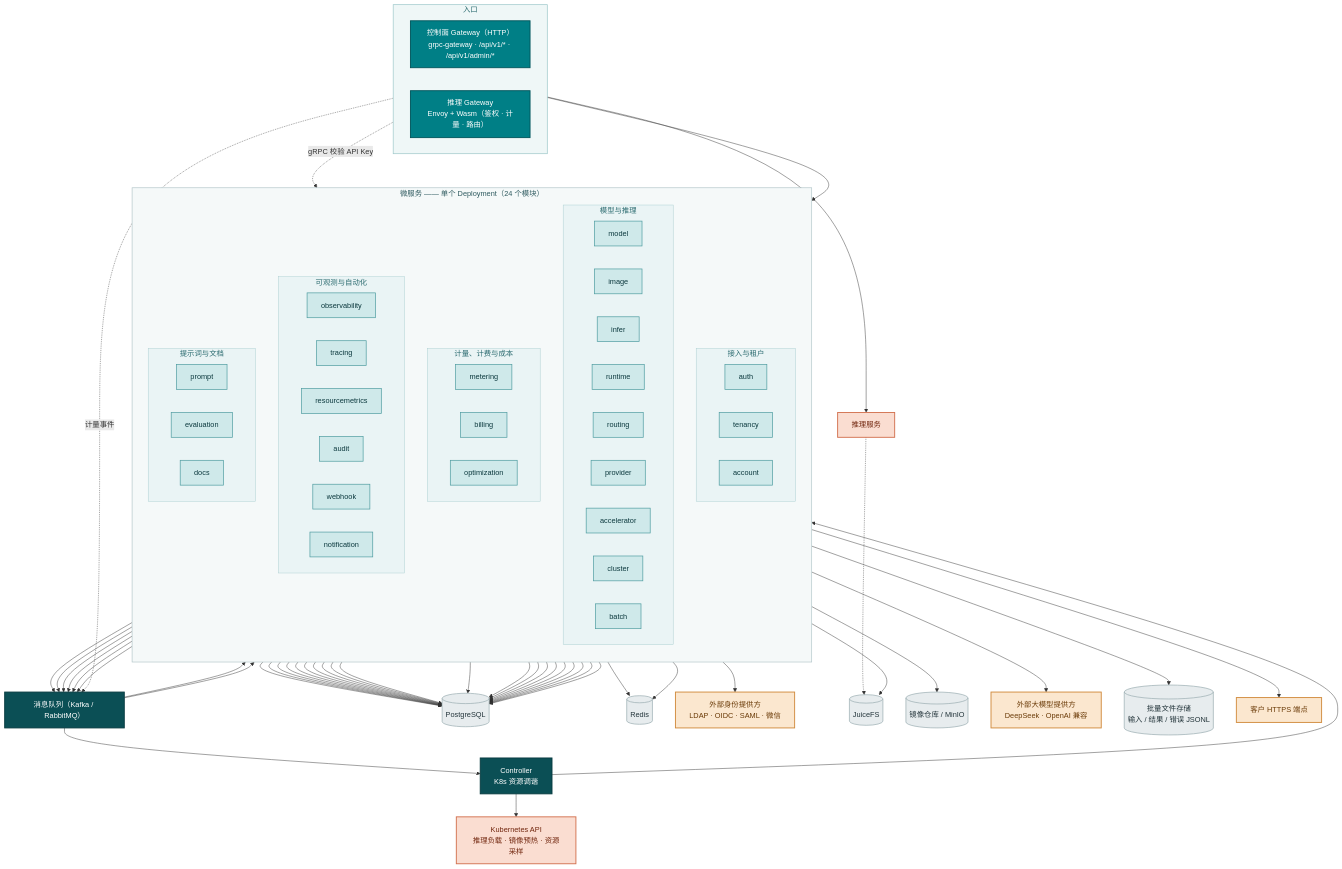
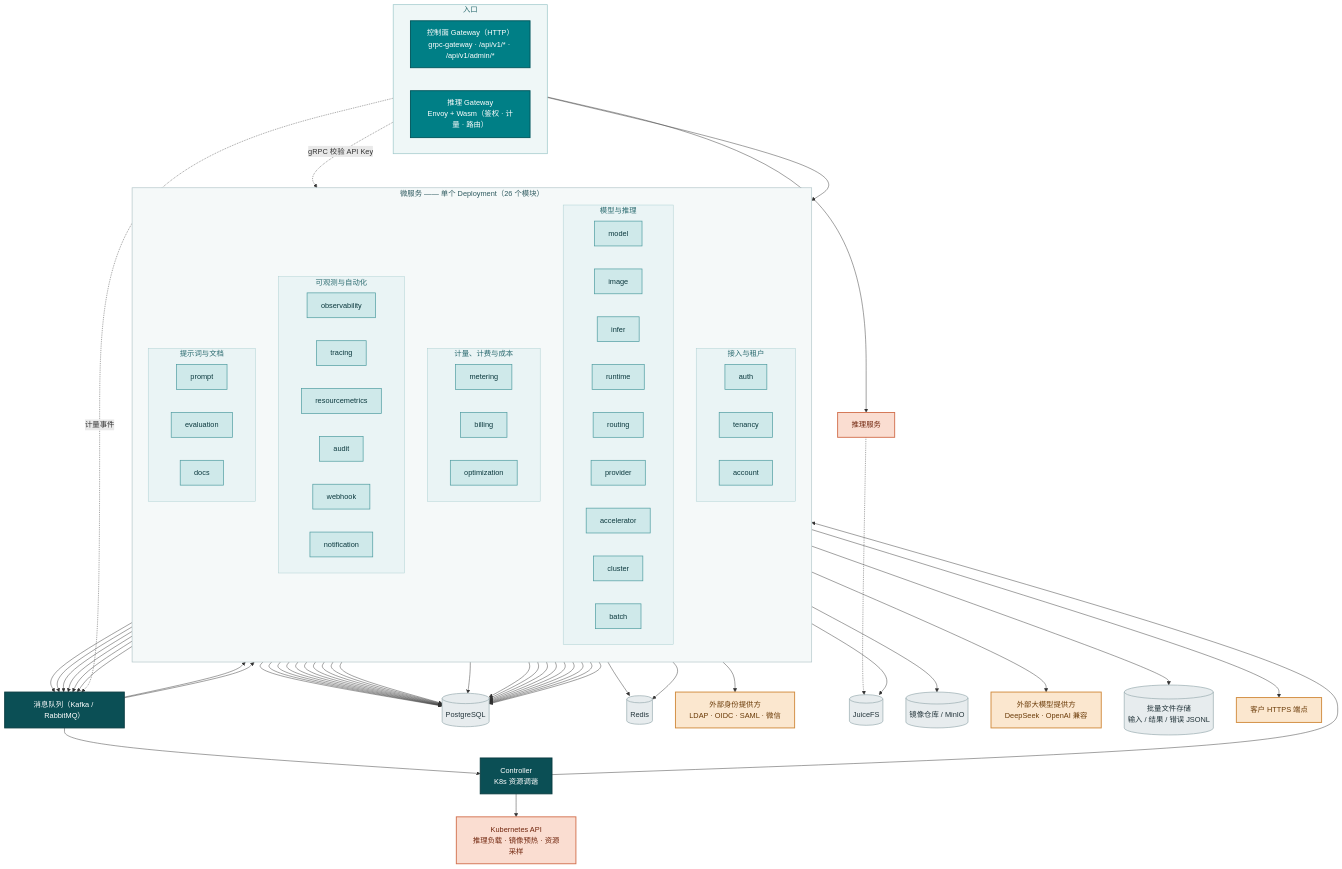
One commit to go-taas/go-taas changed the second of 6 diagrams in site/docs/design/architecture.zh-cn.md. Above: the diagram before and after it, drawn with Mermaid. The commit also changed other lines of this file and 24 other files, not shown here.

```diff
--- a/site/docs/design/architecture.zh-cn.md
+++ b/site/docs/design/architecture.zh-cn.md
@@ -114,7 +137,7 @@
         DGW["推理 Gateway<br/>Envoy + Wasm（鉴权 · 计量 · 路由）"]
     end
 
-    subgraph mods["微服务 —— 单个 Deployment（24 个模块）"]
+    subgraph mods["微服务 —— 单个 Deployment（26 个模块）"]
         direction TB
         subgraph m_acc["接入与租户"]
             direction LR
```
